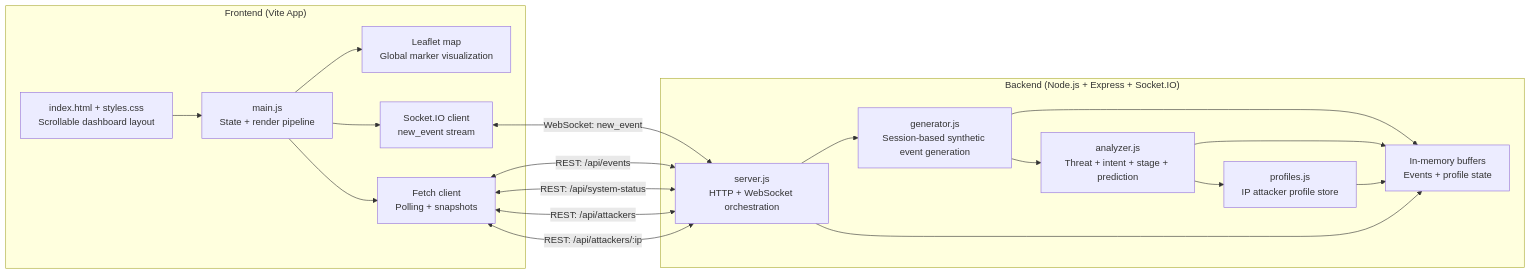
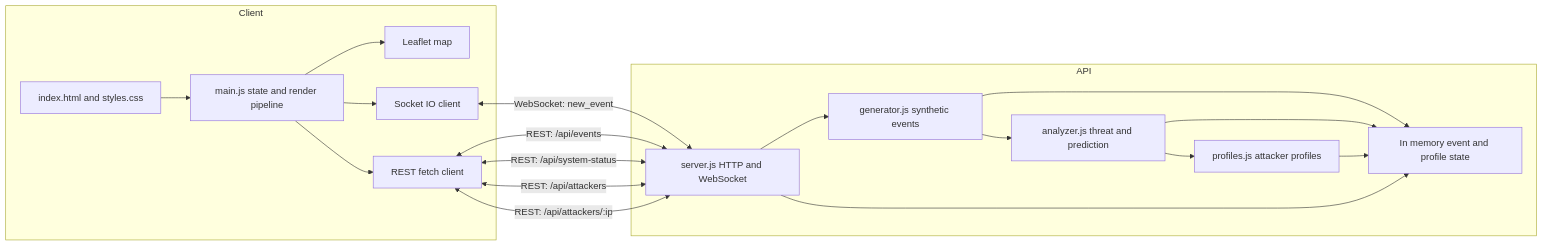
Before and after one commit to ujjawalarsingh/SDC-Hacktrap: the diagram in docs/component-diagram.mmd, drawn with Mermaid.

Commit message:
Fix Mermaid component diagram parser compatibility

```diff
--- a/docs/component-diagram.mmd
+++ b/docs/component-diagram.mmd
@@ -1,38 +1,38 @@
 flowchart LR
   %% HackTrap AI Threat Monitor - Component Diagram
 
-  subgraph Client["Frontend (Vite App)"]
-    UI["index.html + styles.css<br/>Scrollable dashboard layout"]
-    State["main.js<br/>State + render pipeline"]
-    Map["Leaflet map<br/>Global marker visualization"]
-    SocketClient["Socket.IO client<br/>new_event stream"]
-    RestClient["Fetch client<br/>Polling + snapshots"]
+  subgraph Client
+    UI[index.html and styles.css]
+    State[main.js state and render pipeline]
+    Map[Leaflet map]
+    SocketClient[Socket IO client]
+    RestClient[REST fetch client]
   end
 
-  subgraph API["Backend (Node.js + Express + Socket.IO)"]
-    Server["server.js<br/>HTTP + WebSocket orchestration"]
-    Generator["generator.js<br/>Session-based synthetic event generation"]
-    Analyzer["analyzer.js<br/>Threat + intent + stage + prediction"]
-    Profiles["profiles.js<br/>IP attacker profile store"]
-    Memory["In-memory buffers<br/>Events + profile state"]
+  subgraph API
+    Server[server.js HTTP and WebSocket]
+    Generator[generator.js synthetic events]
+    Analyzer[analyzer.js threat and prediction]
+    Profiles[profiles.js attacker profiles]
+    Memory[In memory event and profile state]
   end
 
   UI --> State
   State --> Map
   State --> SocketClient
   State --> RestClient
 
   SocketClient <-->|WebSocket: new_event| Server
   RestClient <-->|REST: /api/events| Server
   RestClient <-->|REST: /api/system-status| Server
   RestClient <-->|REST: /api/attackers| Server
   RestClient <-->|REST: /api/attackers/:ip| Server
 
   Server --> Generator
   Generator --> Analyzer
   Analyzer --> Profiles
 
   Generator --> Memory
   Analyzer --> Memory
   Profiles --> Memory
   Server --> Memory
```
